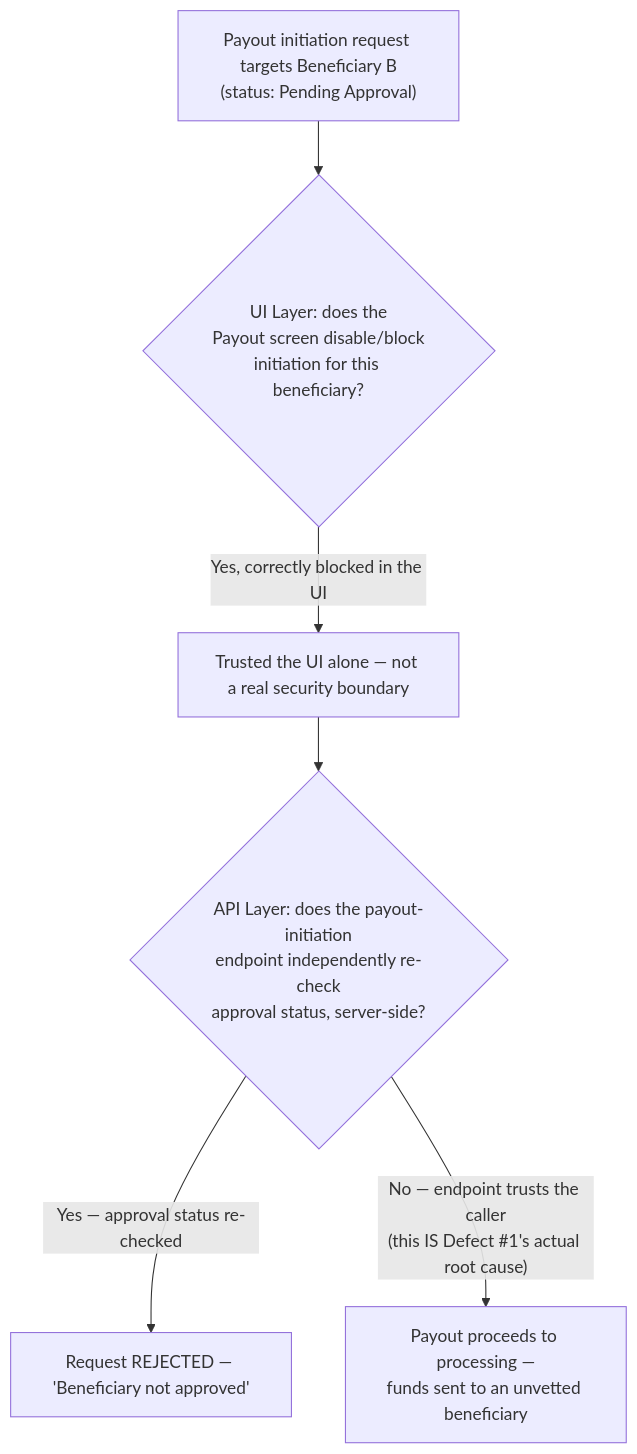
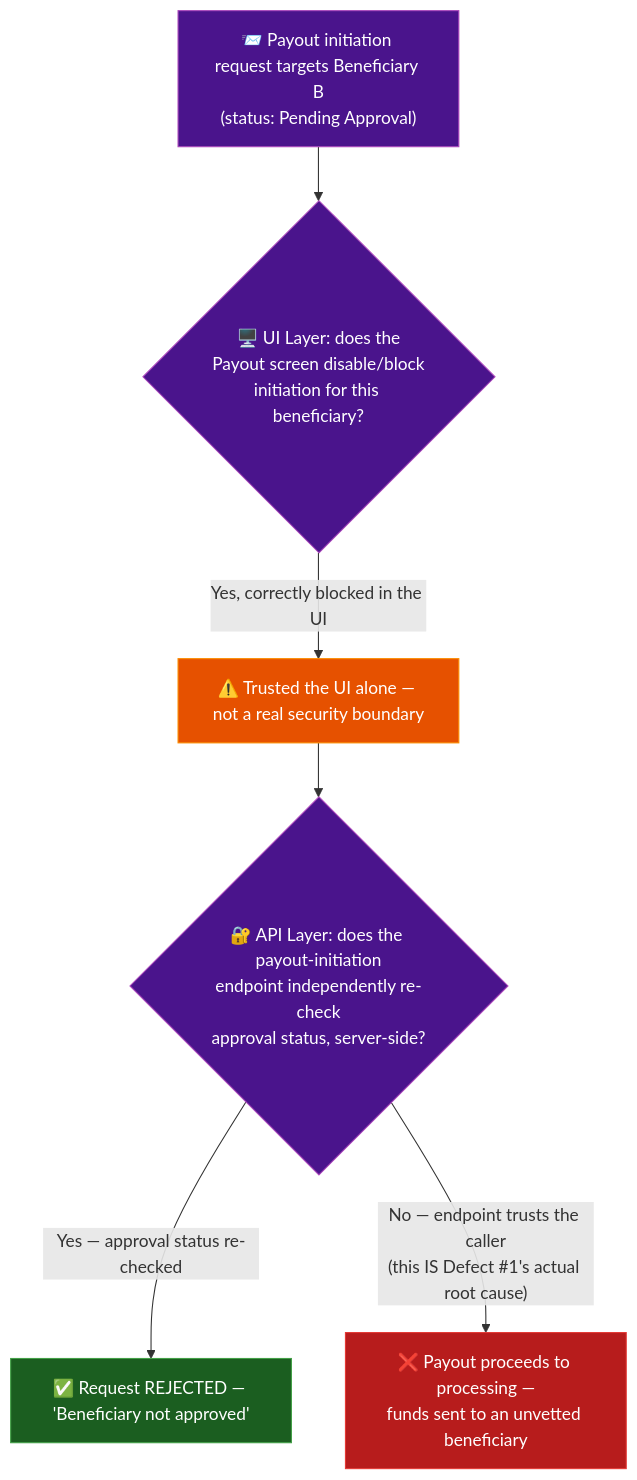
One commit to ghanendra-sdet/fintech-payout-engine changed the third of 7 diagrams in docs/architecture-and-flow.md. Above: the diagram before and after it, drawn with Mermaid. The commit also changed other lines of this file, not shown here.

Commit message:
docs: enhance architecture diagrams and generalize cross-repo testing insight

````diff
--- a/docs/architecture-and-flow.md
+++ b/docs/architecture-and-flow.md
@@ -41,8 +57,17 @@
 ```mermaid
 flowchart TD
-    Request["Payout initiation request targets Beneficiary B<br/>(status: Pending Approval)"] --> UILayer{"UI Layer: does the\nPayout screen disable/block\ninitiation for this beneficiary?"}
-    UILayer -->|Yes, correctly blocked in the UI| Trust["Trusted the UI alone — not a real security boundary"]
-    Trust --> APILayer{"API Layer: does the payout-initiation\nendpoint independently re-check\napproval status, server-side?"}
-    APILayer -->|"Yes — approval status re-checked"| Blocked["Request REJECTED — 'Beneficiary not approved'"]
-    APILayer -->|"No — endpoint trusts the caller\n(this IS Defect #1's actual root cause)"| Leak["Payout proceeds to processing —\nfunds sent to an unvetted beneficiary"]
+    Request["📨 Payout initiation request targets Beneficiary B<br/>(status: Pending Approval)"] --> UILayer{"🖥️ UI Layer: does the\nPayout screen disable/block\ninitiation for this beneficiary?"}
+    UILayer -->|Yes, correctly blocked in the UI| Trust["⚠️ Trusted the UI alone — not a real security boundary"]
+    Trust --> APILayer{"🔐 API Layer: does the payout-initiation\nendpoint independently re-check\napproval status, server-side?"}
+    APILayer -->|"Yes — approval status re-checked"| Blocked["✅ Request REJECTED — 'Beneficiary not approved'"]
+    APILayer -->|"No — endpoint trusts the caller\n(this IS Defect #1's actual root cause)"| Leak["❌ Payout proceeds to processing —\nfunds sent to an unvetted beneficiary"]
+
+    classDef good fill:#1b5e20,stroke:#43a047,color:#fff
+    classDef bad fill:#b71c1c,stroke:#e53935,color:#fff
+    classDef warn fill:#e65100,stroke:#fb8c00,color:#fff
+    classDef gate fill:#4a148c,stroke:#ab47bc,color:#fff
+    class Request,UILayer,APILayer gate
+    class Trust warn
+    class Blocked good
+    class Leak bad
 ```
````
